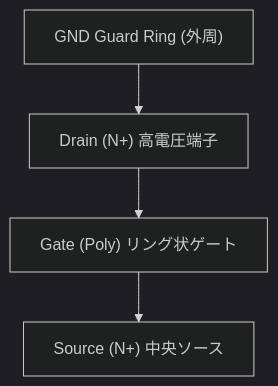
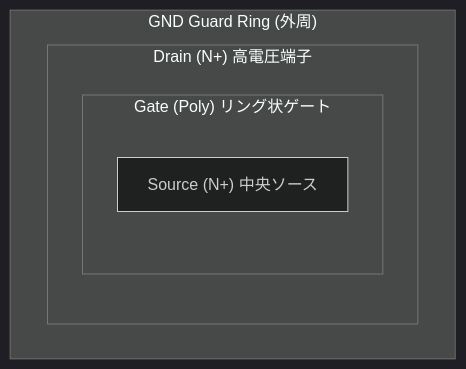
The second of 2 diagrams in d_chapter2_high_voltage_devices/ldmos.md (Samizo-AITL/Edusemi-v4x), drawn with Mermaid (dark theme) before and after one commit.

````diff
--- a/d_chapter2_high_voltage_devices/ldmos.md
+++ b/d_chapter2_high_voltage_devices/ldmos.md
@@ -45,9 +45,10 @@
 ```mermaid
 flowchart TB
-    GND["GND Guard Ring (外周)"]
-    Drain["Drain (N+) 高電圧端子"]
-    Gate["Gate (Poly) リング状ゲート"]
-    Source["Source (N+) 中央ソース"]
-
-    GND --> Drain --> Gate --> Source
+    subgraph GND["GND Guard Ring (外周)"]
+        subgraph Drain["Drain (N+) 高電圧端子"]
+            subgraph Gate["Gate (Poly) リング状ゲート"]
+                Source["Source (N+) 中央ソース"]
+            end
+        end
+    end
 ```
````
